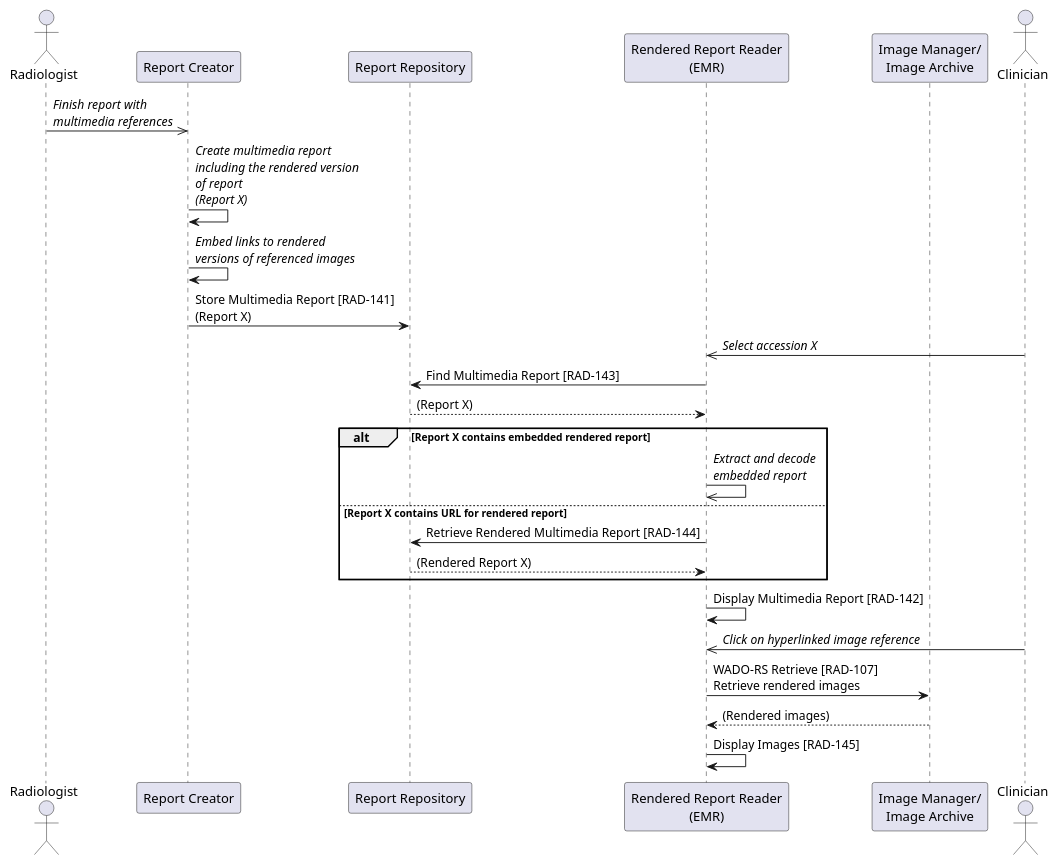
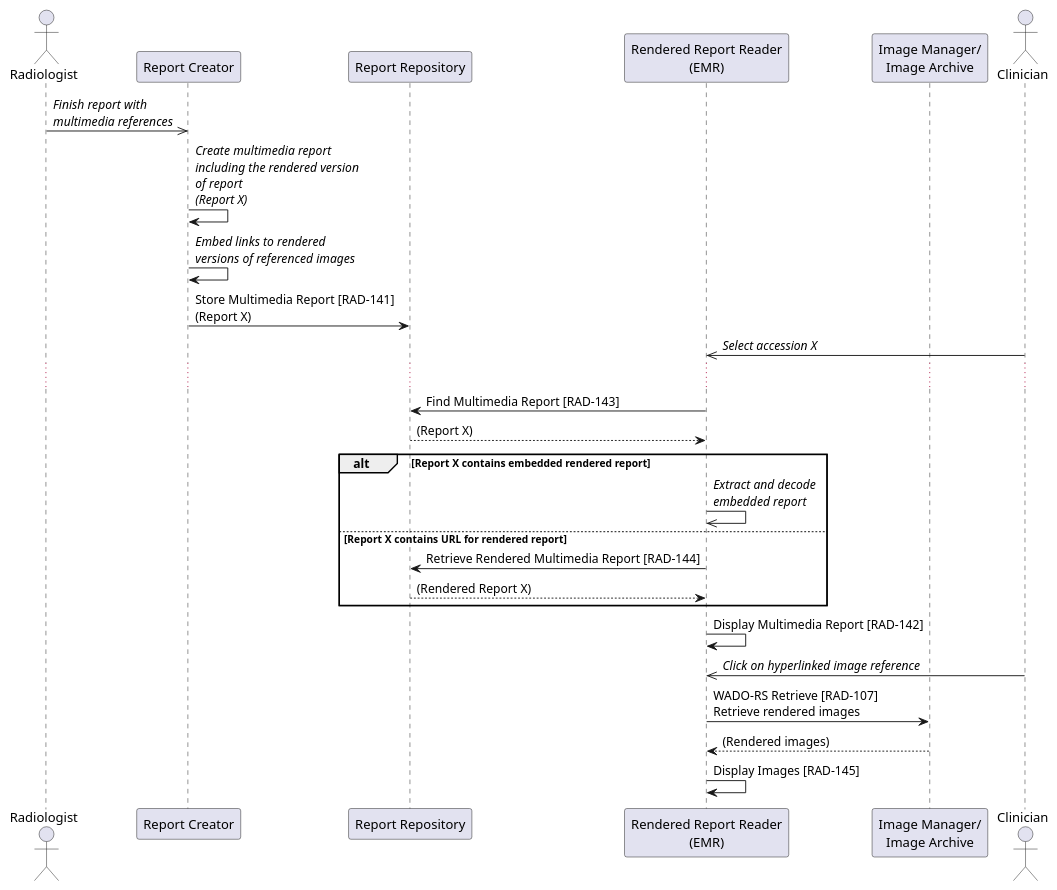
One commit to IHE/RAD.IMR changed the diagram in input/images-source/uc1-presenting-interactive-report-presentedform.plantuml. Above: the diagram before and after it, drawn with PlantUML.

Commit message:
Added time elapses.

```diff
--- a/input/images-source/uc1-presenting-interactive-report-presentedform.plantuml
+++ b/input/images-source/uc1-presenting-interactive-report-presentedform.plantuml
@@ -1,38 +1,40 @@
 @startuml
 
 actor "Radiologist" as Rad
 
 participant "Report Creator" as RCreator
 participant "Report Repository" as Repo
 participant "Rendered Report Reader\n(EMR)" as EMR
 
 participant "Image Manager/\nImage Archive" as Archive
 
 actor Clinician as Clinician
 
 Rad->>RCreator: //Finish report with//\n//multimedia references//
 RCreator->RCreator: //Create multimedia report//\n//including the rendered version//\n//of report//\n//(Report X)//
 RCreator->RCreator: //Embed links to rendered//\n//versions of referenced images//
 
 RCreator->Repo: Store Multimedia Report [RAD-141]\n(Report X)
 
 Clinician->>EMR: //Select accession X//
 
+...
+
 EMR->Repo: Find Multimedia Report [RAD-143]
 Repo-->EMR:(Report X)
 
 alt Report X contains embedded rendered report
 EMR->>EMR: //Extract and decode//\n//embedded report//
 else Report X contains URL for rendered report
 EMR->Repo: Retrieve Rendered Multimedia Report [RAD-144]
 Repo-->EMR: (Rendered Report X)
 end
 
 EMR->EMR: Display Multimedia Report [RAD-142]
 Clinician->>EMR: //Click on hyperlinked image reference//
 
 EMR->Archive: WADO-RS Retrieve [RAD-107]\nRetrieve rendered images
 Archive-->EMR: (Rendered images)
 EMR->EMR: Display Images [RAD-145]
 
 @enduml
```
